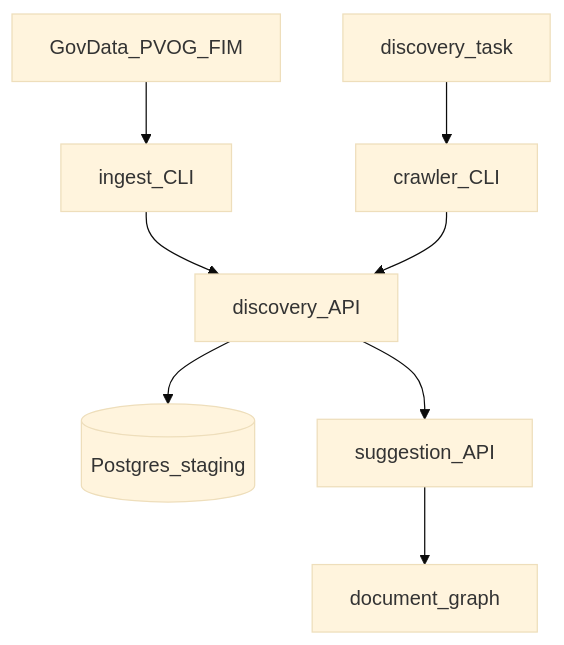
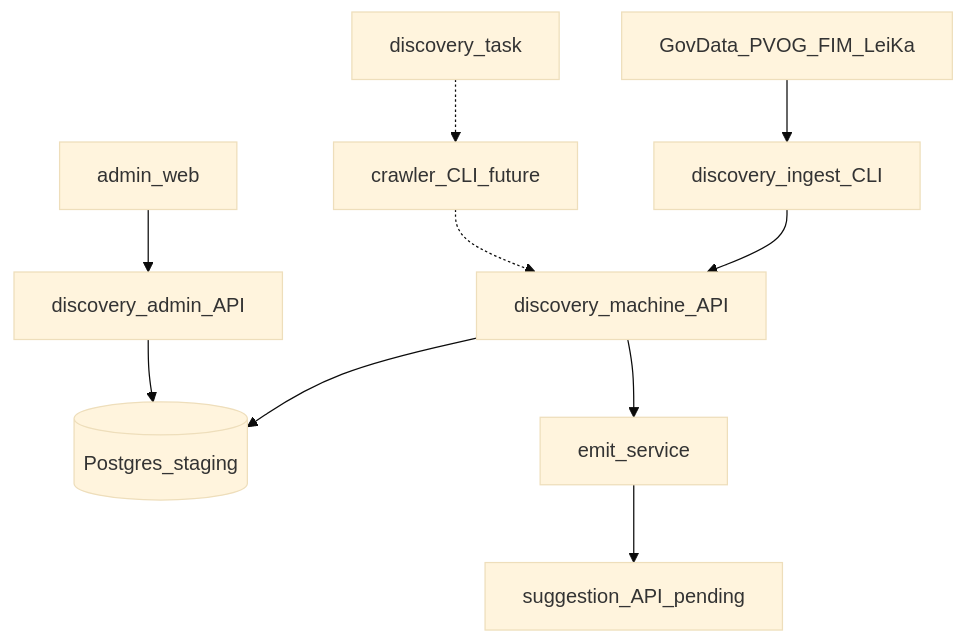
One commit to vadim-schultz/redtape changed the diagram in .plans/discovery-layer/00-architecture.md. Above: the diagram before and after it, drawn with Mermaid (base theme). The commit also changed other lines of this file and 31 other files, not shown here.

````diff
--- a/.plans/discovery-layer/00-architecture.md
+++ b/.plans/discovery-layer/00-architecture.md
@@ -28,10 +28,12 @@
 ```mermaid
 flowchart TB
-  ingest[GovData_PVOG_FIM] --> CLI[ingest_CLI]
-  CLI --> DiscAPI[discovery_API]
+  ingest[GovData_PVOG_FIM_LeiKa] --> CLI[discovery_ingest_CLI]
+  CLI --> DiscAPI[discovery_machine_API]
   DiscAPI --> staging[(Postgres_staging)]
-  DT[discovery_task] --> Crawler[crawler_CLI]
-  Crawler --> DiscAPI
-  DiscAPI --> Sug[suggestion_API]
-  Sug --> Cat[document_graph]
+  AdminUI[admin_web] --> DiscAPIAdmin[discovery_admin_API]
+  DiscAPIAdmin --> staging
+  DT[discovery_task] -.-> Crawler[crawler_CLI_future]
+  Crawler -.-> DiscAPI
+  DiscAPI --> Emit[emit_service]
+  Emit --> Sug[suggestion_API_pending]
 ```
````
